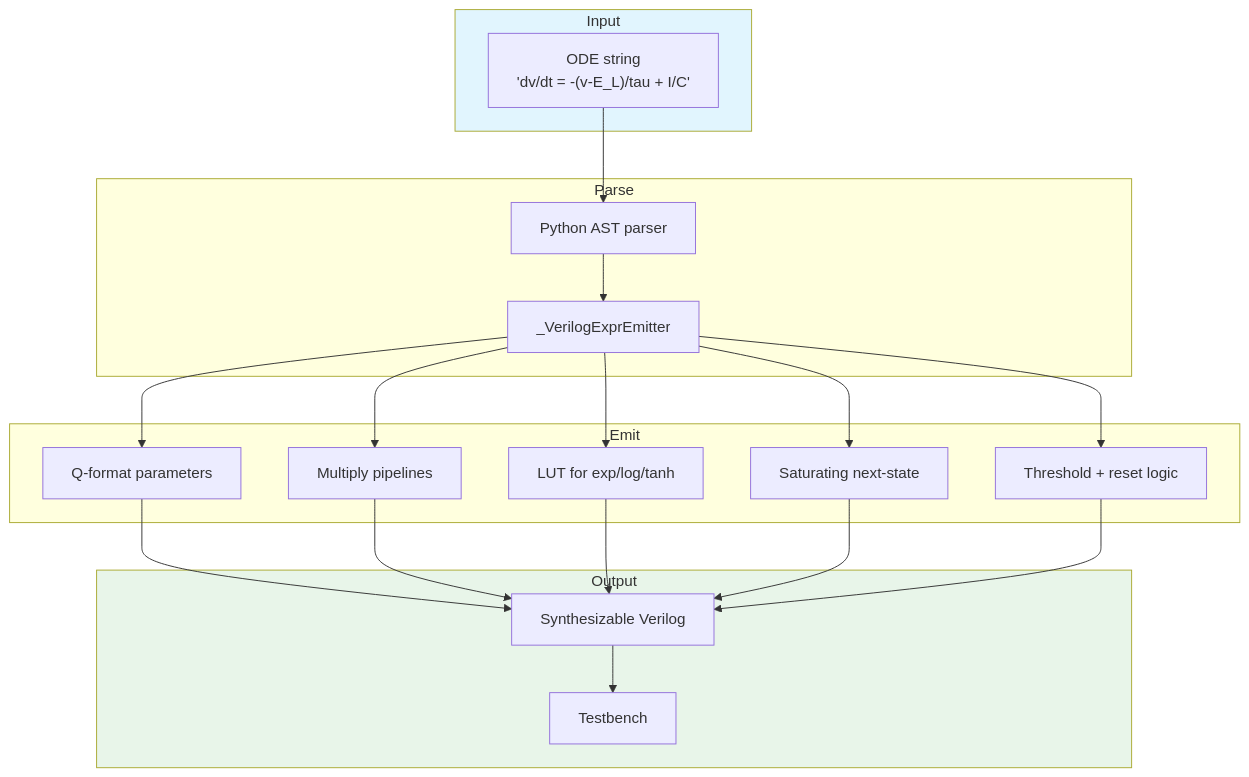
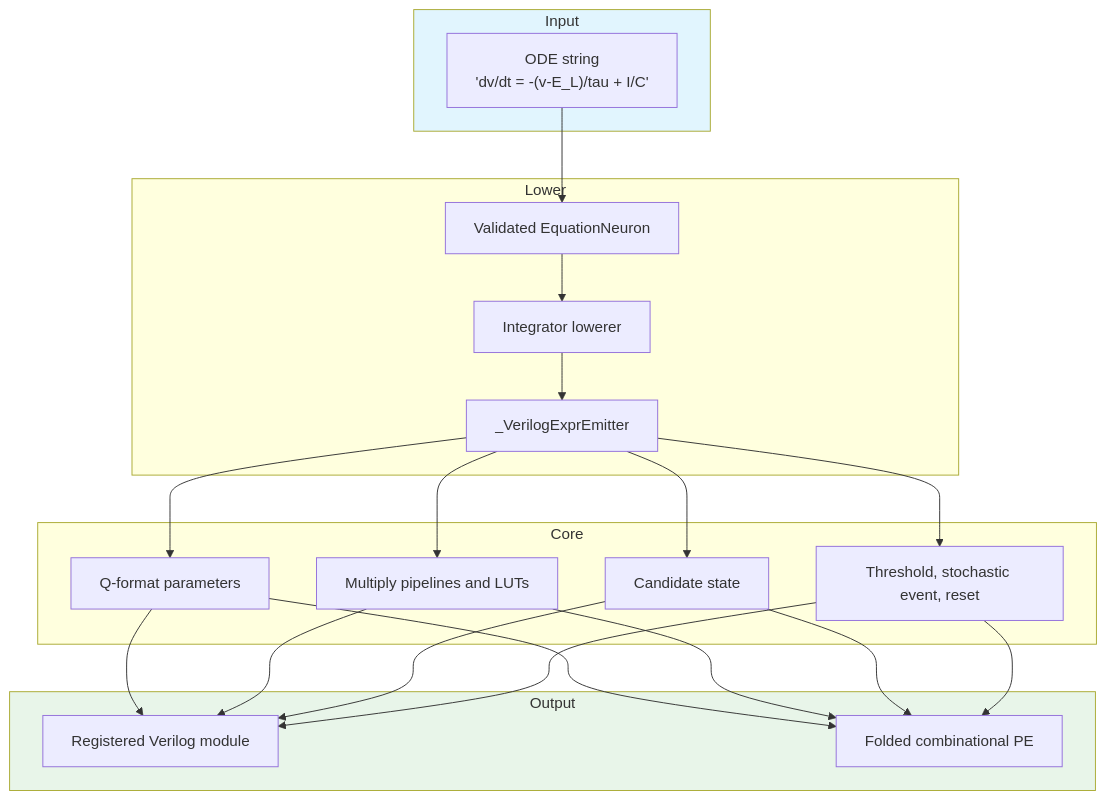
Before and after one commit to anulum/sc-neurocore: the diagram in docs/api/compiler.md, drawn with Mermaid. The commit also changed other lines of this file and 38 other files, not shown here.

````diff
--- a/docs/api/compiler.md
+++ b/docs/api/compiler.md
@@ -91,29 +112,28 @@
 ```mermaid
 flowchart TB
     subgraph Input
         A["ODE string<br/>'dv/dt = -(v-E_L)/tau + I/C'"]
     end
-    subgraph Parse
-        B["Python AST parser"]
-        C["_VerilogExprEmitter"]
+    subgraph Lower
+        B["Validated EquationNeuron"]
+        C["Integrator lowerer"]
+        D["_VerilogExprEmitter"]
     end
-    subgraph Emit
-        D["Q-format parameters"]
-        E["Multiply pipelines"]
-        F["LUT for exp/log/tanh"]
-        G["Saturating next-state"]
-        H["Threshold + reset logic"]
+    subgraph Core
+        E["Q-format parameters"]
+        F["Multiply pipelines and LUTs"]
+        G["Candidate state"]
+        H["Threshold, stochastic event, reset"]
     end
     subgraph Output
-        I["Synthesizable Verilog"]
-        J["Testbench"]
+        I["Registered Verilog module"]
+        J["Folded combinational PE"]
     end
 
-    A --> B --> C
-    C --> D & E & F & G & H
-    D & E & F & G & H --> I
-    I --> J
+    A --> B --> C --> D
+    D --> E & F & G & H
+    E & F & G & H --> I & J
 
     style Input fill:#e1f5fe
     style Output fill:#e8f5e9
 ```
````
